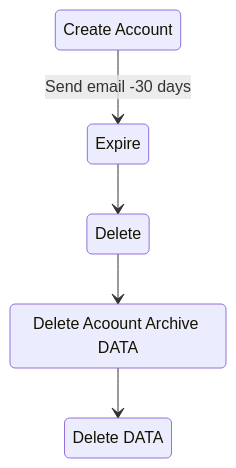
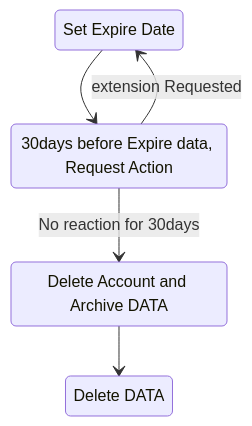
The diagram in pages/documentation/administration/users.md (gferhpc/supercomputing.tue.nl), drawn with Mermaid before and after one commit.

````diff
--- a/pages/documentation/administration/users.md
+++ b/pages/documentation/administration/users.md
@@ -92,11 +92,12 @@
 ```mermaid
 stateDiagram
-    s1: Create Account
-    s2: Delete Acoount Archive DATA
-    s3: Delete DATA
-    s1 --> Expire: Send email -30 days
-    Expire --> Delete
-    Delete --> s2
-    s2 --> s3
+    s1: Set Expire Date
+    s2: 30days before Expire data, Request Action
+    s3: Delete Account and Archive DATA
+    s4: Delete DATA
+    s1 --> s2
+    s2 --> s3: No reaction for 30days
+    s2 --> s1: extension Requested
+    s3 --> s4
 
 ``` 
````
